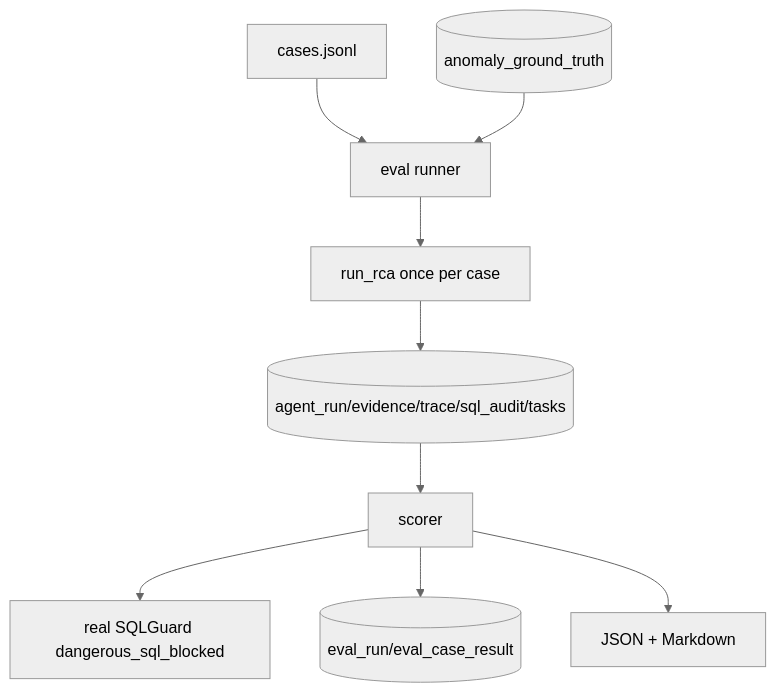
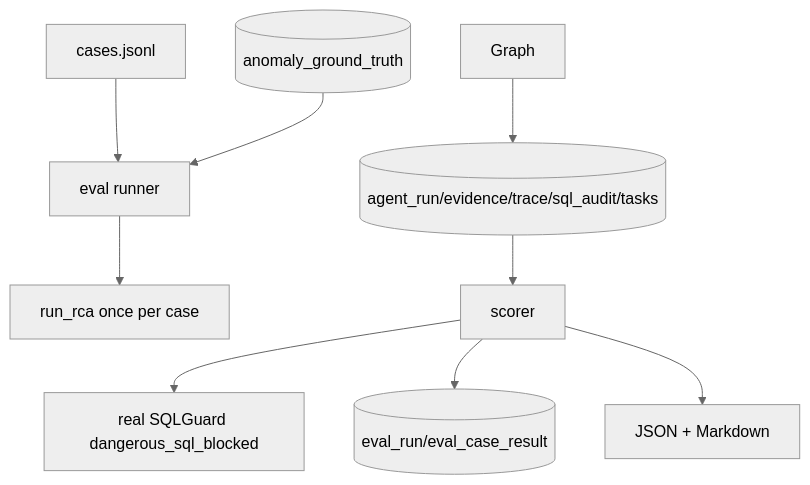
One commit to WOTMCCR/MetricRCA changed the eighth of 8 diagrams in docs/architecture.md. Above: the diagram before and after it, drawn with Mermaid (neutral theme). The commit also changed other lines of this file and 8 other files, not shown here.

````diff
--- a/docs/architecture.md
+++ b/docs/architecture.md
@@ -116,11 +117,11 @@
 ```mermaid
 flowchart TD
   Cases[cases.jsonl] --> Runner[eval runner]
   GT[(anomaly_ground_truth)] --> Runner
-  Runner --> Graph[run_rca once per case]
+  Runner --> RunnerCall[run_rca once per case]
   Graph --> Artifacts[(agent_run/evidence/trace/sql_audit/tasks)]
   Artifacts --> Scorer[scorer]
   Scorer --> Guard[real SQLGuard dangerous_sql_blocked]
   Scorer --> EvalRows[(eval_run/eval_case_result)]
   Scorer --> Outputs[JSON + Markdown]
 ```
````
